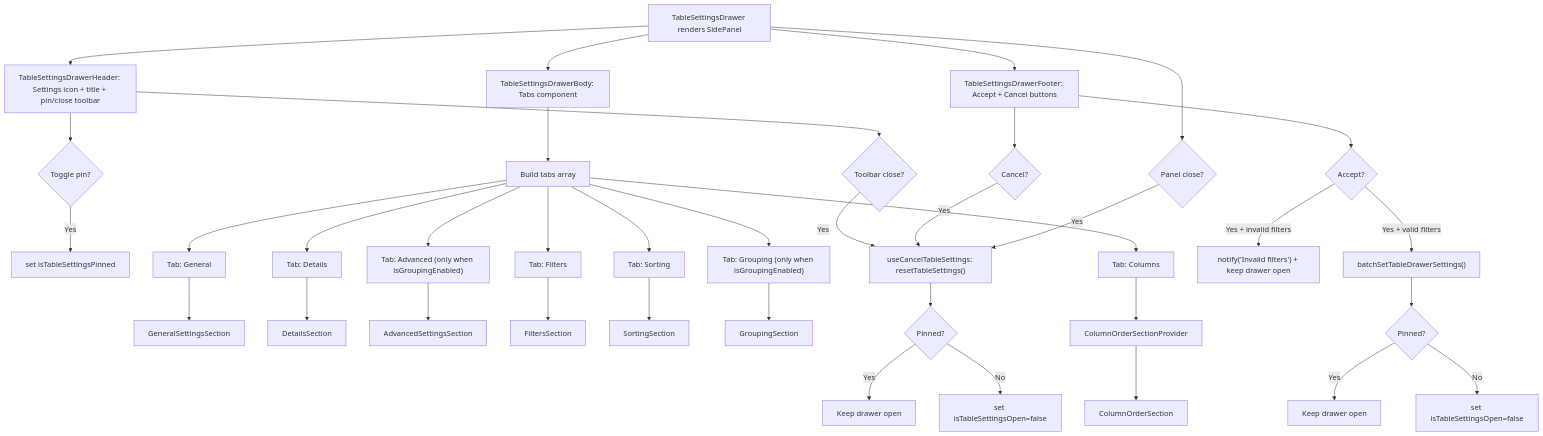
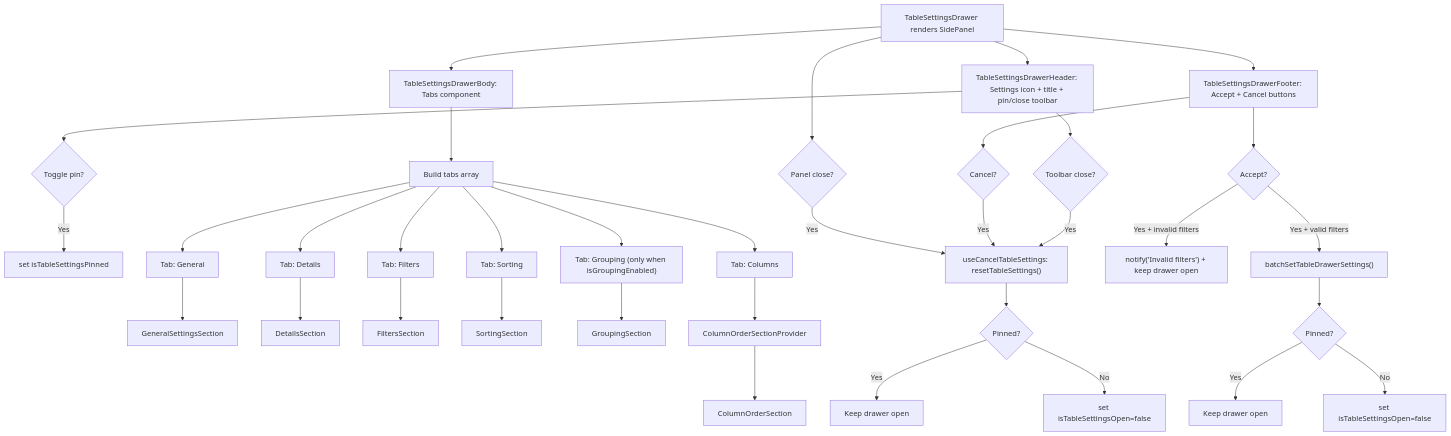
Before and after one commit to luciocabrera/lcabrera-stack: the second of 3 diagrams in packages/ui/src/components/Table/TableSettingsDrawer/ARCHITECTURE.md, drawn with Mermaid. The commit also changed other lines of this file and 45 other files, not shown here.

First line of the commit message:
feat(ui): the grouping tab holds its three subjects as sub-tabs (#1163)

````diff
--- a/packages/ui/src/components/Table/TableSettingsDrawer/ARCHITECTURE.md
+++ b/packages/ui/src/components/Table/TableSettingsDrawer/ARCHITECTURE.md
@@ -208,49 +201,46 @@
 ```mermaid
 graph TD
   A["TableSettingsDrawer renders SidePanel"] --> O["TableSettingsDrawerHeader: Settings icon + title + pin/close toolbar"]
   A --> P["TableSettingsDrawerBody: Tabs component"]
   A --> Q["TableSettingsDrawerFooter: Accept + Cancel buttons"]
 
   O --> W{"Toggle pin?"}
   W -->|Yes| X["set isTableSettingsPinned"]
   O --> C2{"Toolbar close?"}
   C2 -->|Yes| V
 
   P --> D["Build tabs array"]
 
   D --> E["Tab: General"]
   E --> F["GeneralSettingsSection"]
 
   D --> E2["Tab: Details"]
   E2 --> F2["DetailsSection"]
-
-  D --> E3["Tab: Advanced (only when isGroupingEnabled)"]
-  E3 --> F3["AdvancedSettingsSection"]
 
   D --> G["Tab: Filters"]
   G --> H["FiltersSection"]
 
   D --> I["Tab: Sorting"]
   I --> J["SortingSection"]
 
   D --> I2["Tab: Grouping (only when isGroupingEnabled)"]
   I2 --> J2["GroupingSection"]
 
   D --> K["Tab: Columns"]
   K --> L["ColumnOrderSectionProvider"]
   L --> M["ColumnOrderSection"]
 
   Q --> R{"Accept?"}
   R -->|Yes + invalid filters| S["notify('Invalid filters') + keep drawer open"]
   R -->|Yes + valid filters| T["batchSetTableDrawerSettings()"]
   T --> U{"Pinned?"}
   U -->|Yes| K1["Keep drawer open"]
   U -->|No| K2["set isTableSettingsOpen=false"]
   Q --> C{"Cancel?"}
   C -->|Yes| V["useCancelTableSettings: resetTableSettings()"]
   A --> C3{"Panel close?"}
   C3 -->|Yes| V
   V --> P2{"Pinned?"}
   P2 -->|Yes| K3["Keep drawer open"]
   P2 -->|No| K4["set isTableSettingsOpen=false"]
 ```
````
